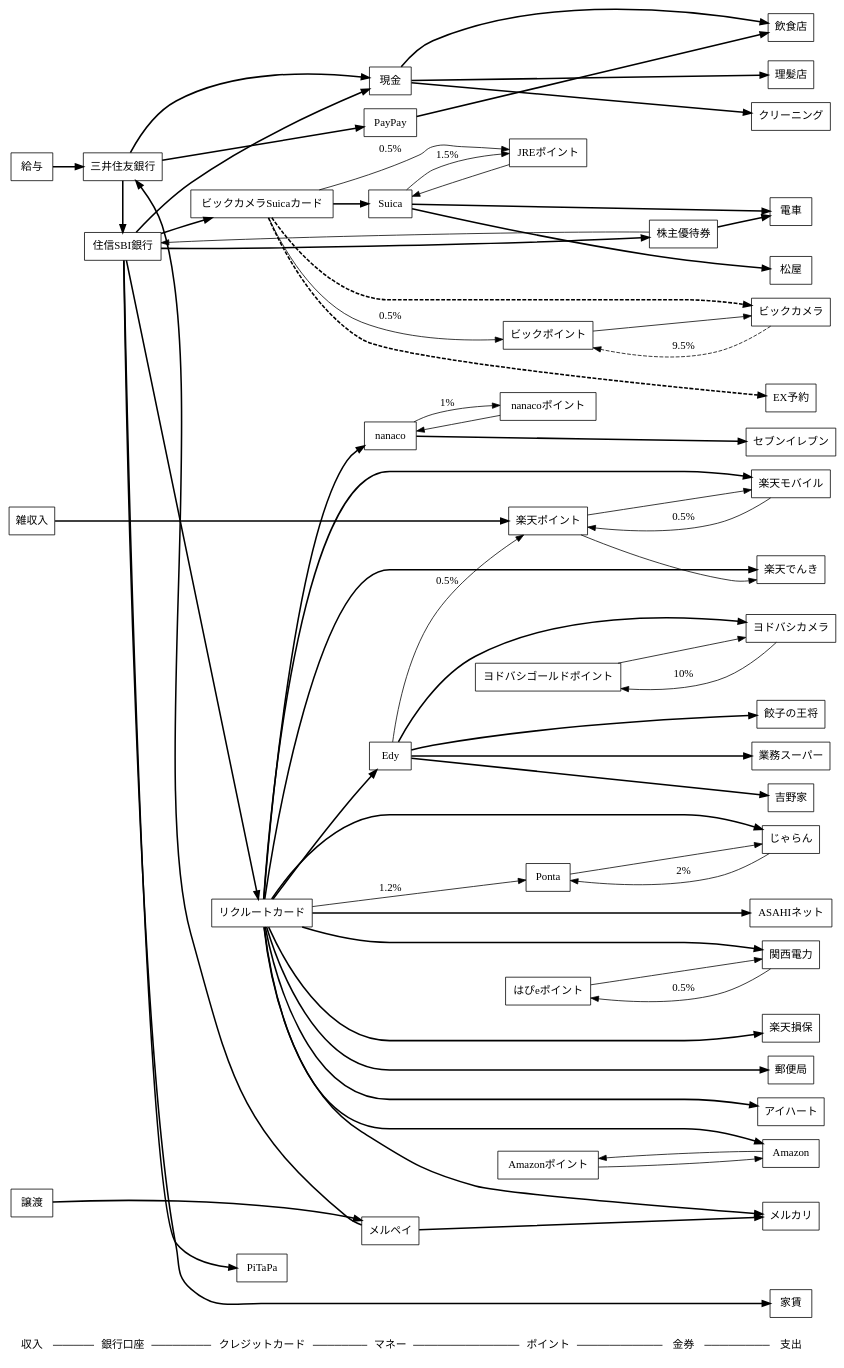
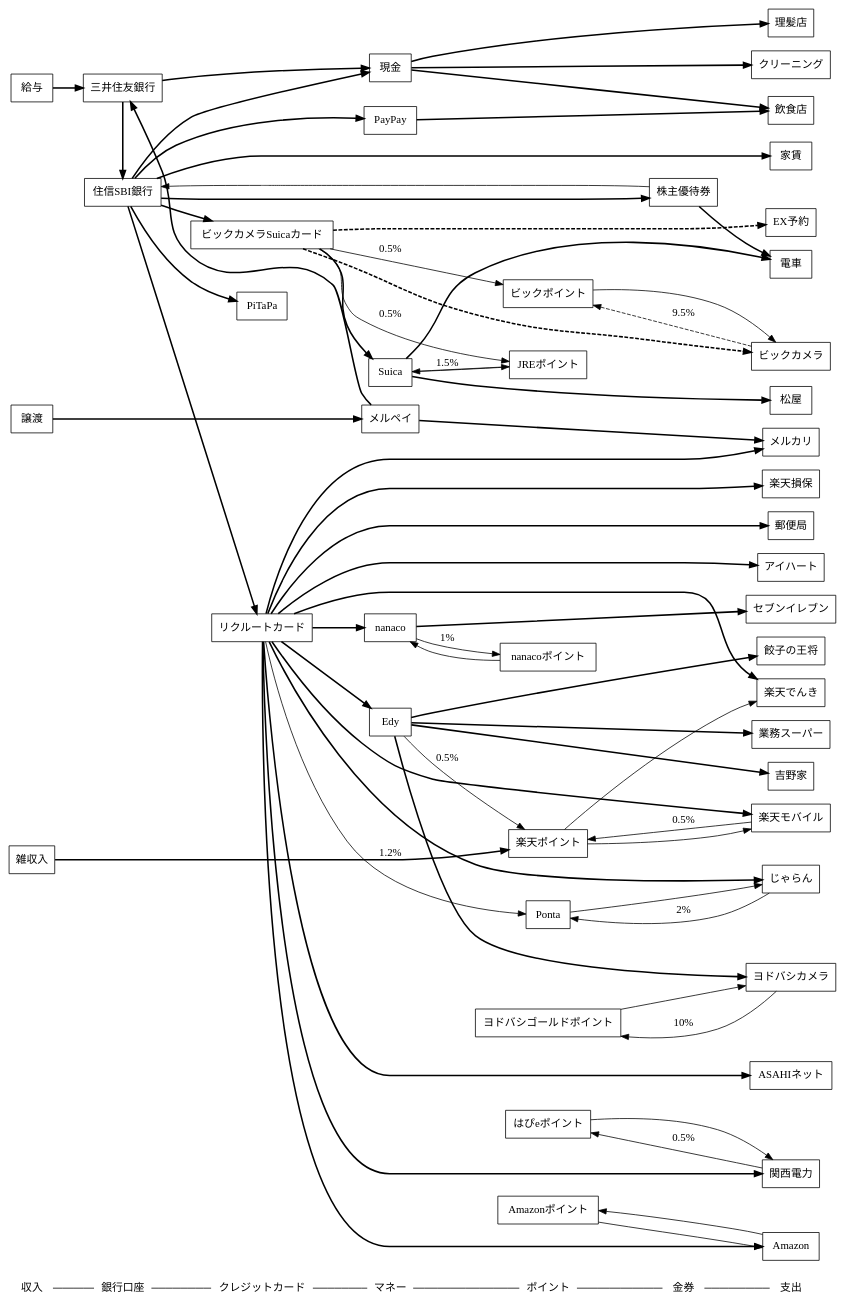
One commit to saireya/moneyflow changed the diagram in moneyflow.dot. Above: the diagram before and after it, drawn with Graphviz. The commit also changed 1 other file, not shown here.

Commit message:
Moved edge from SMBC to PayPay to SBI

```diff
--- a/moneyflow.dot
+++ b/moneyflow.dot
@@ -1,162 +1,162 @@
 // dot -Tsvg moneyflow.dot -o moneyflow.svg
 // edge: bold: 支出, solid: 還元(label:還元率), dashed: Obsolete
 digraph "MoneyFlow"
 {
 	graph [ rankdir = LR ];
 	node [ shape = box ];
 
 	"収入", "銀行口座", "クレジットカード", "マネー", "ポイント", "金券", "支出" [shape = none];
 	"収入" -> "銀行口座" -> "クレジットカード" -> "マネー" -> "ポイント" -> "金券" -> "支出" [arrowhead = none];
 	{
 		rank = same; "収入";
 		給与;
 		譲渡;
 		雑収入;
 	}
 
 	{
 		rank = same; "銀行口座";
 		三井住友銀行;
 		住信SBI銀行;
 	}
 
 	{
 		rank = same; "クレジットカード";
 		ビックカメラSuicaカード;
 		リクルートカード;
 		PiTaPa;
 	}
 
 	{
 		rank = same; "マネー";
 		Suica;
 		現金;
 		nanaco;
 		Edy;
 		PayPay;
 		メルペイ;
 	}
 
 	{
 		rank = same; "ポイント";
 		// 共通ポイント
 		Ponta;
 		楽天ポイント;
 		// クレジットカード関係
 		JREポイント;
 		// 独自ポイント
 		ビックポイント;
 		Amazonポイント;
 		nanacoポイント;
 		ヨドバシゴールドポイント;
 		はぴeポイント;
 	}
 
 	{
 		rank = same; "金券";
 		株主優待券;
 	}
 
 	{
 		rank = same; "支出";
 		家賃;
 		// コンビニ
 		セブンイレブン;
 		// 交通
 		電車;
 		// インフラ
 		ASAHIネット;
 		楽天モバイル;
 		楽天でんき;
 		関西電力;
 		楽天損保;
 		郵便局;
 		// 店舗
 		アイハート;
 		ビックカメラ;
 		ヨドバシカメラ;
 		餃子の王将;
 		飲食店;
 		業務スーパー;
 		松屋;
 		吉野家;
 		理髪店;
 		クリーニング;
 		// ネット
 		Amazon;
 		EX予約;
 		じゃらん;
 		メルカリ;
 	}
 
 	// SMBC
 	給与 -> 三井住友銀行 [style="bold", weight=100];
 	三井住友銀行 -> 現金, 住信SBI銀行 [style="bold", weight=100];
-	三井住友銀行 -> PayPay [style="bold", weight=100];
-	PayPay -> 飲食店 [style="bold", weight=100];
 
 	// ビックカメラSuicaカード
 	ビックカメラSuicaカード -> JREポイント [label="0.5%"];
 	ビックカメラSuicaカード -> ビックカメラ [style="bold,dashed", weight=100];
 	ビックカメラ -> ビックポイント [style="dashed", label="9.5%"];
 	ビックカメラSuicaカード -> ビックポイント [label="0.5%"]
 	ビックポイント -> ビックカメラ;
 	ビックカメラSuicaカード -> Suica -> 電車 [style="bold", weight=100];
 	Suica -> 松屋 [style="bold", weight=100];
 	ビックカメラSuicaカード -> EX予約 [style="bold,dashed", weight=100];
 	Suica -> JREポイント [label="1.5%"];
 	JREポイント -> Suica;
 
 	// 住信SBI
 	住信SBI銀行 -> 現金 [style="bold", weight=100];
 	住信SBI銀行 -> 家賃 [style="bold", weight=100];
 	住信SBI銀行 -> ビックカメラSuicaカード, リクルートカード, PiTaPa [style="bold", weight=100];
+	住信SBI銀行 -> PayPay [style="bold", weight=100];
+	PayPay -> 飲食店 [style="bold", weight=100];
 	住信SBI銀行 -> 株主優待券 [style="bold", weight=100];
 	株主優待券 -> 電車 [style="bold", weight=100];
 	株主優待券 -> 住信SBI銀行;
 
 	// リクルートカード
 	リクルートカード -> ASAHIネット [style="bold", weight=100];
 	リクルートカード -> Amazon [style="bold", weight=100];
 	リクルートカード -> じゃらん [style="bold", weight=100];
 	リクルートカード -> アイハート [style="bold", weight=100];
 	リクルートカード -> 関西電力 [style="bold", weight=100];
 	関西電力 -> はぴeポイント [label="0.5%"];
 	はぴeポイント -> 関西電力;
 	リクルートカード -> 楽天でんき [style="bold", weight=100];
 	リクルートカード -> 楽天損保 [style="bold", weight=100];
 	リクルートカード -> 楽天モバイル [style="bold", weight=100];
 	楽天モバイル -> 楽天ポイント [label="0.5%"];
 	楽天ポイント -> 楽天モバイル, 楽天でんき;
 	リクルートカード -> Edy [style="bold", weight=100];
 	Edy -> ヨドバシカメラ [style="bold", weight=100];
 	ヨドバシカメラ -> ヨドバシゴールドポイント [label="10%"];
 	ヨドバシゴールドポイント -> ヨドバシカメラ;
 	Edy -> 吉野家 [style="bold", weight=100];
 	Edy -> 楽天ポイント [label="0.5%"];
 	リクルートカード -> Ponta [label="1.2%"];
 	Ponta -> じゃらん;
 	じゃらん -> Ponta [label="2%"];
 	Amazon -> Amazonポイント -> Amazon;
 	リクルートカード -> nanaco [style="bold", weight=100];
 	nanaco -> セブンイレブン [style="bold", weight=100];
 	nanaco -> nanacoポイント [label="1%"];
 	nanacoポイント -> nanaco;
 	Edy -> 業務スーパー [style="bold", weight=100];
 	Edy -> 餃子の王将 [style="bold", weight=100];
 	リクルートカード -> 郵便局 [style="bold", weight=100];
 
 	// 現金
 	現金 -> 飲食店 [style="bold", weight=100];
 	現金 -> 理髪店 [style="bold", weight=100];
 	現金 -> クリーニング [style="bold", weight=100];
 
 	// 譲渡
 	譲渡 -> メルペイ [style="bold", weight=100];
 	メルペイ -> メルカリ [style="bold", weight=100];
 	メルペイ -> 三井住友銀行 [style="bold", weight=100];
 	リクルートカード -> メルカリ [style="bold", weight=100];
 
 	// 雑収入
 	雑収入 -> 楽天ポイント [style="bold", weight=100];
 }
```
